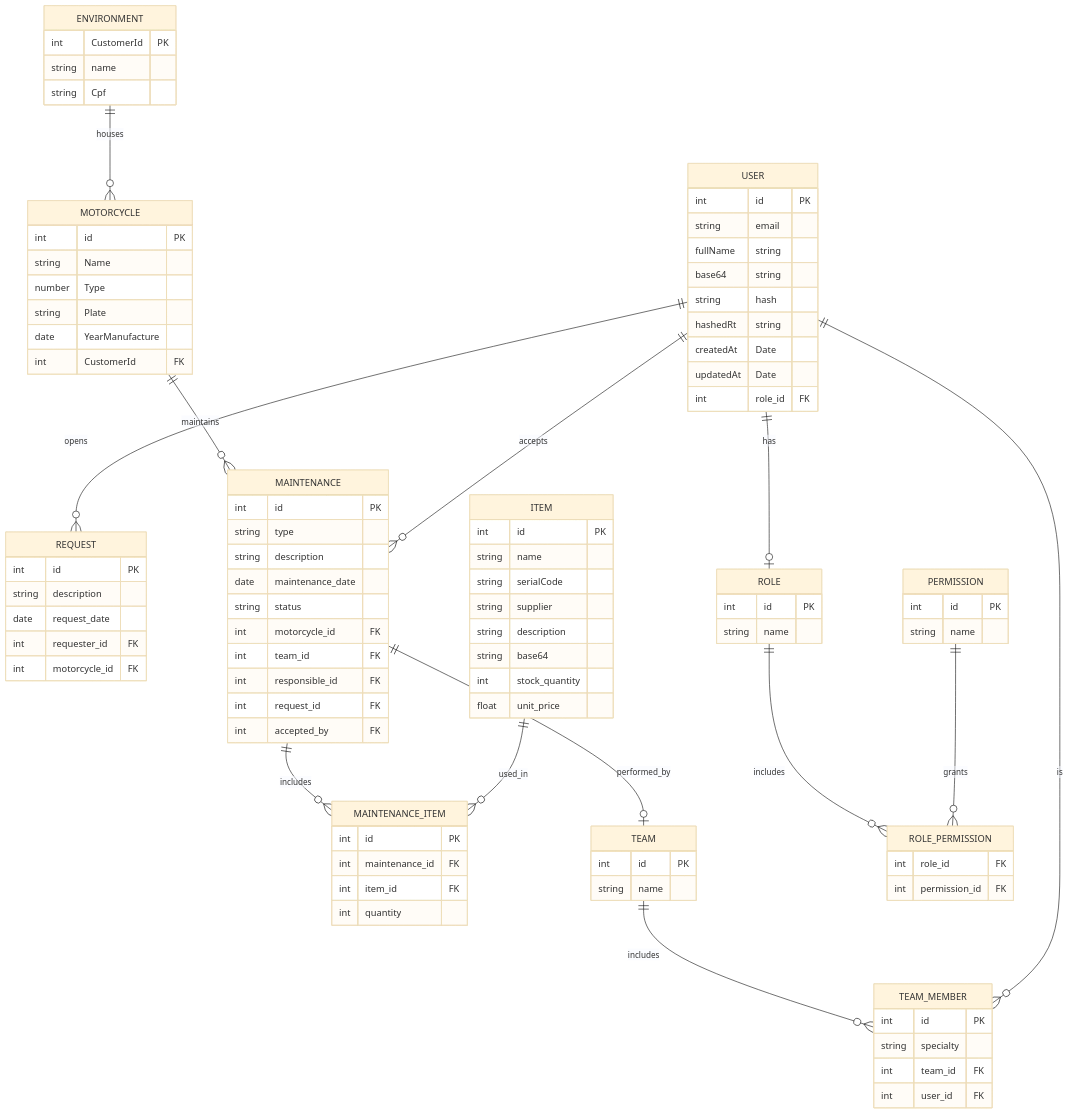
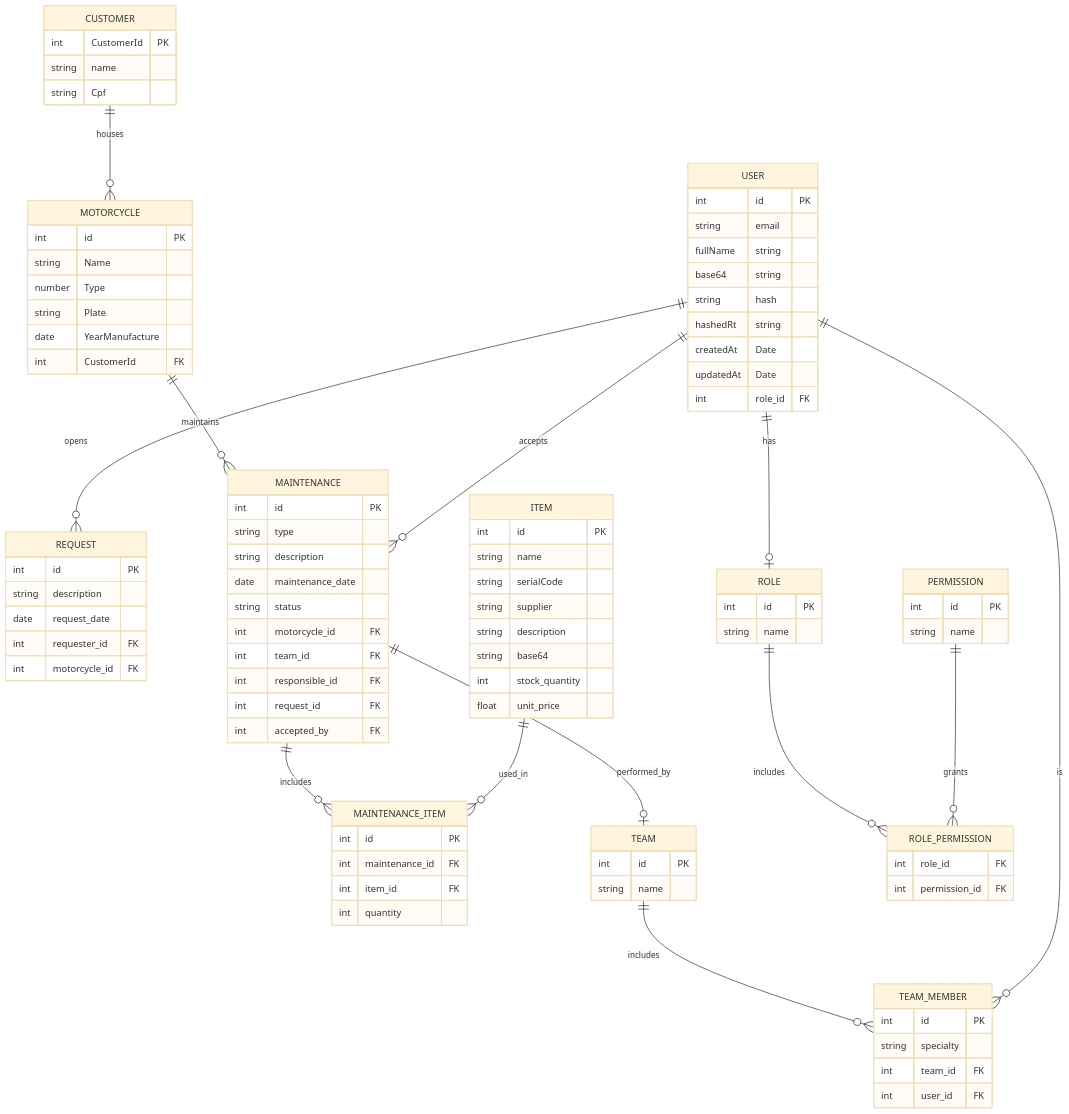
One commit to gabrielcavalcant/maintaner-ads changed the diagram in web/doc/er.md. Above: the diagram before and after it, drawn with Mermaid (base theme). The commit also changed 19 other files, not shown here.

Commit message:
refactor: refactor environment to customer

````diff
--- a/web/doc/er.md
+++ b/web/doc/er.md
@@ -1,6 +1,6 @@
 ```mermaid
 erDiagram
-    ENVIRONMENT {
+    CUSTOMER {
         int CustomerId PK
         string name
         string Cpf
@@ -82,7 +82,7 @@
         int permission_id FK
     }
 
-    ENVIRONMENT ||--o{ MOTORCYCLE : houses
+    CUSTOMER ||--o{ MOTORCYCLE : houses
     MOTORCYCLE ||--o{ MAINTENANCE : maintains
     MAINTENANCE ||--o{ MAINTENANCE_ITEM : includes
     ITEM ||--o{ MAINTENANCE_ITEM : used_in
````
